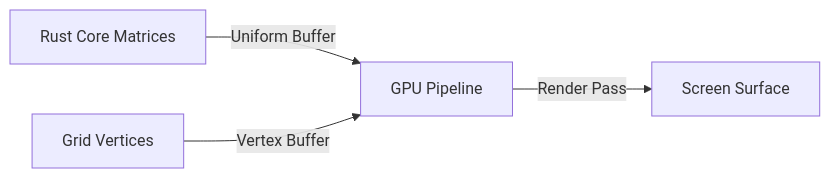
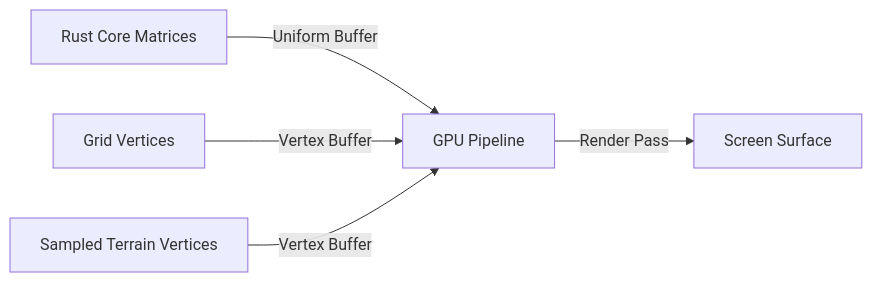
Before and after one commit to rodoni/olayer: the diagram in docs/sdk/native/wgpu_gpu_pipeline/arch.md, drawn with Mermaid. The commit also changed other lines of this file and 42 other files, not shown here.

````diff
--- a/docs/sdk/native/wgpu_gpu_pipeline/arch.md
+++ b/docs/sdk/native/wgpu_gpu_pipeline/arch.md
@@ -11,6 +11,7 @@
 ```mermaid
 graph LR
     Core[Rust Core Matrices] -->|Uniform Buffer| GPU[GPU Pipeline]
     Grid[Grid Vertices] -->|Vertex Buffer| GPU
+    Terrain[Sampled Terrain Vertices] -->|Vertex Buffer| GPU
     GPU -->|Render Pass| Surface[Screen Surface]
 ```
````
